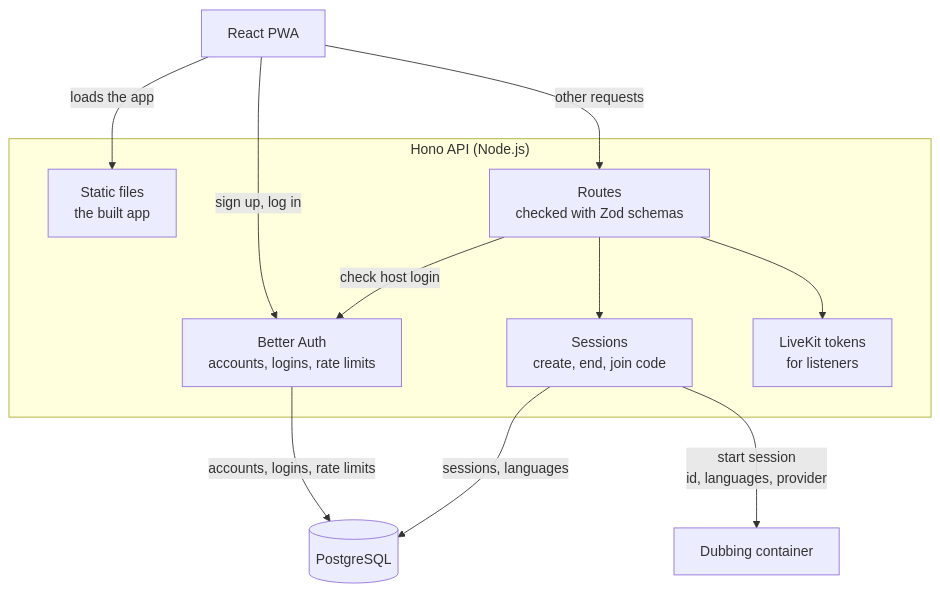
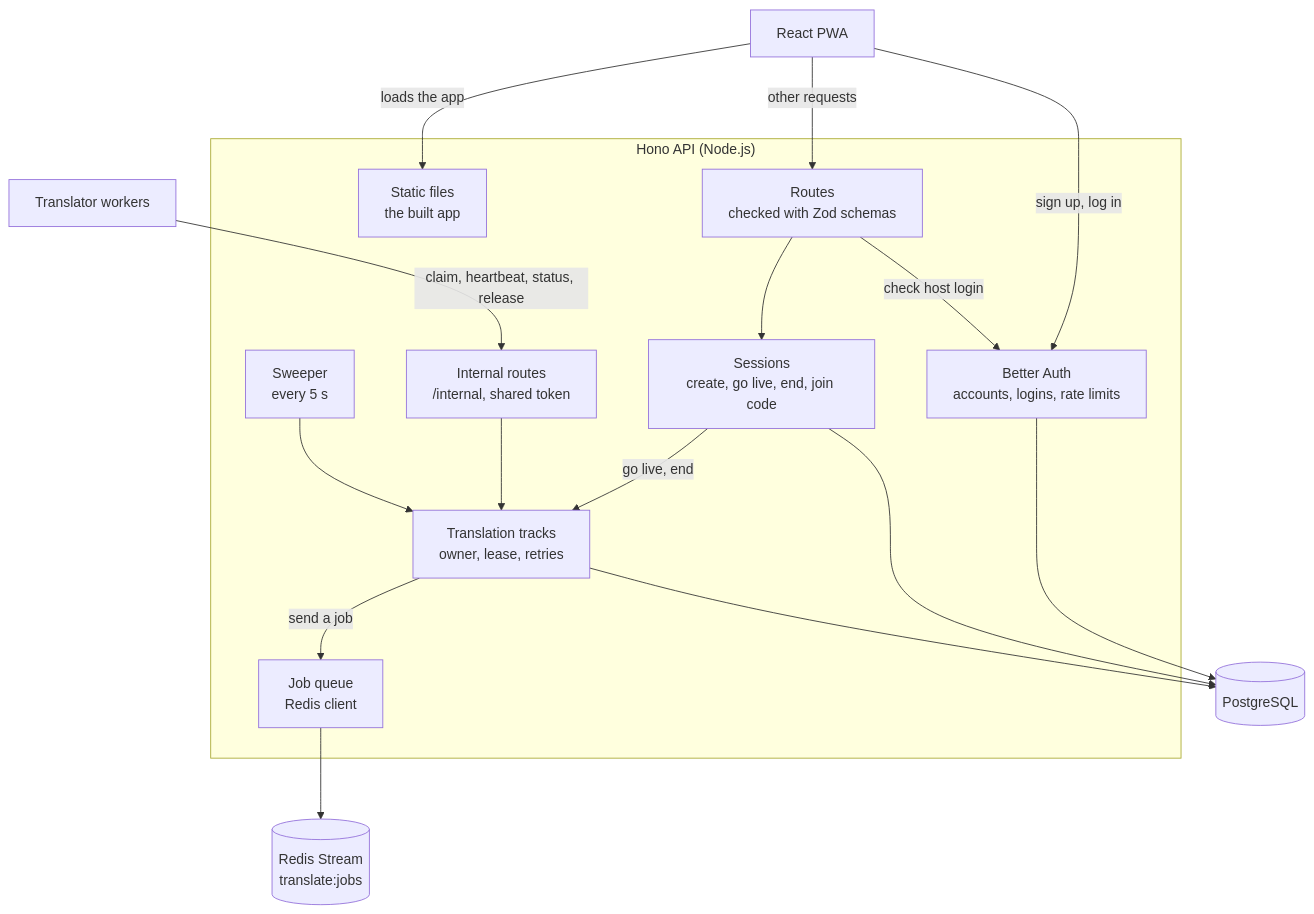
Before and after one commit to WH1TE-SHAD0W/ai-dubbing-studio: the second of 8 diagrams in docs/architecture-layers.md, drawn with Mermaid. The commit also changed other lines of this file and 1 other file, not shown here.

First line of the commit message:
docs: architecture pages describe the translator workers, Redis and sessions

````diff
--- a/docs/architecture-layers.md
+++ b/docs/architecture-layers.md
@@ -50,26 +59,35 @@
 ```mermaid
-%%{init: {"flowchart": {"nodeSpacing": 70, "rankSpacing": 70}}}%%
+%%{init: {"flowchart": {"nodeSpacing": 60, "rankSpacing": 70}}}%%
 flowchart TB
   PWA["React PWA"]
+  Workers["Translator workers"]
 
   subgraph API["Hono API (Node.js)"]
     Static["Static files<br/>the built app"]
     Routes["Routes<br/>checked with Zod schemas"]
     Auth["Better Auth<br/>accounts, logins, rate limits"]
-    Sessions["Sessions<br/>create, end, join code"]
-    Tokens["LiveKit tokens<br/>for listeners"]
+    Sessions["Sessions<br/>create, go live, end, join code"]
+    Tracks["Translation tracks<br/>owner, lease, retries"]
+    Internal["Internal routes<br/>/internal, shared token"]
+    Sweeper["Sweeper<br/>every 5 s"]
+    Queue["Job queue<br/>Redis client"]
   end
 
   DB[("PostgreSQL")]
-  Dubbing["Dubbing container"]
+  Q[("Redis Stream<br/>translate:jobs")]
 
   PWA -- "loads the app" --> Static
   PWA -- "sign up, log in" --> Auth
   PWA -- "other requests" --> Routes
   Routes -- "check host login" --> Auth
   Routes --> Sessions
-  Routes --> Tokens
-  Auth -- "accounts, logins, rate limits" --> DB
-  Sessions -- "sessions, languages" --> DB
-  Sessions -- "start session<br/>id, languages, provider" --> Dubbing
+  Sessions -- "go live, end" --> Tracks
+  Workers -- "claim, heartbeat, status, release" --> Internal
+  Internal --> Tracks
+  Sweeper --> Tracks
+  Tracks -- "send a job" --> Queue
+  Queue --> Q
+  Auth --> DB
+  Sessions --> DB
+  Tracks --> DB
 ```
````
